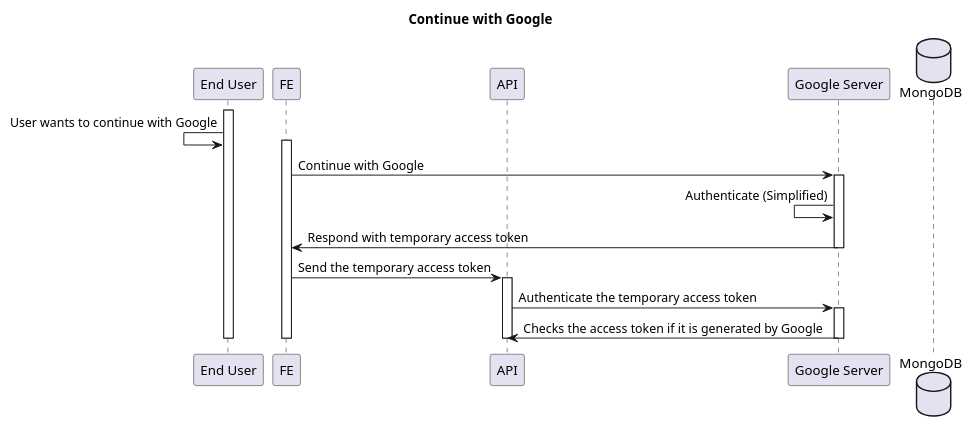
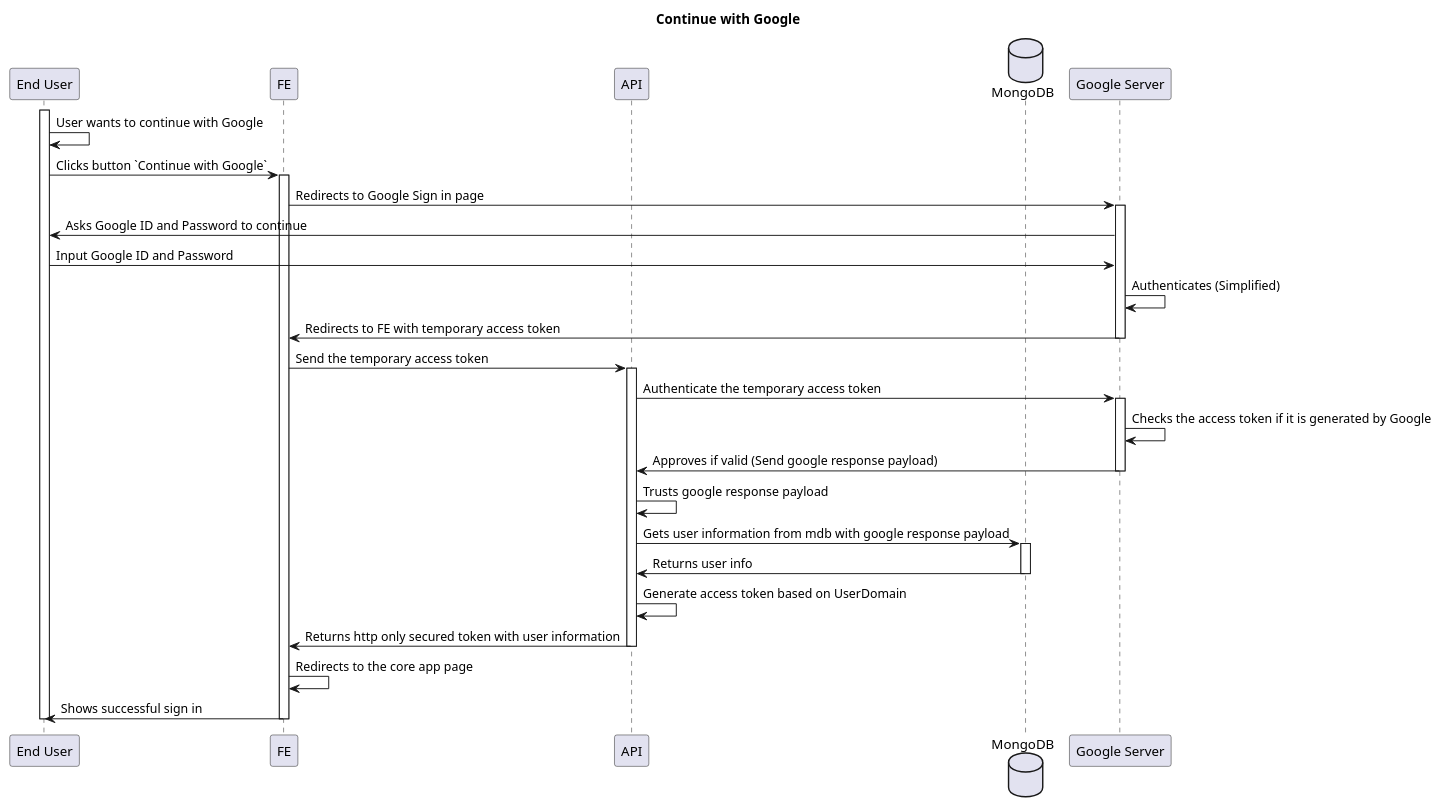
One commit to ajktown/docs changed the diagram in auth/auth-flow.md. Above: the diagram before and after it, drawn with PlantUML.

````diff
--- a/auth/auth-flow.md
+++ b/auth/auth-flow.md
@@ -15,32 +15,45 @@
 ```plantuml
 
 @startuml
 
 title Continue with Google
 
 participant "End User" as user
 participant "FE" as fe
 participant "API" as api
+database "MongoDB" as db
 participant "Google Server" as google
-database "MongoDB" as db
 
 activate user
-  user <- user: User wants to continue with Google
+  user -> user: User wants to continue with Google
+  user -> fe: Clicks button `Continue with Google`
   activate fe
-    fe -> google: Continue with Google
+    fe -> google: Redirects to Google Sign in page
     activate google
-      google <- google: Authenticate (Simplified)
-      fe <- google: Respond with temporary access token
+      user <- google: Asks Google ID and Password to continue
+      user -> google: Input Google ID and Password
+      google -> google: Authenticates (Simplified)
+      fe <- google: Redirects to FE with temporary access token
     deactivate google
     fe -> api: Send the temporary access token
     activate api
       api -> google: Authenticate the temporary access token
       activate google
-        api <- google: Checks the access token if it is generated by Google
+        google -> google: Checks the access token if it is generated by Google
+        api <- google: Approves if valid (Send google response payload)
       deactivate google
+      api -> api: Trusts google response payload
+      api -> db: Gets user information from mdb with google response payload
+      activate db
+        api <- db: Returns user info
+      deactivate db
+      api -> api: Generate access token based on UserDomain
+      fe <- api: Returns http only secured token with user information
     deactivate api
+    fe -> fe: Redirects to the core app page
+    user <- fe: Shows successful sign in
   deactivate fe
 deactivate user
 
 
 ```
````
